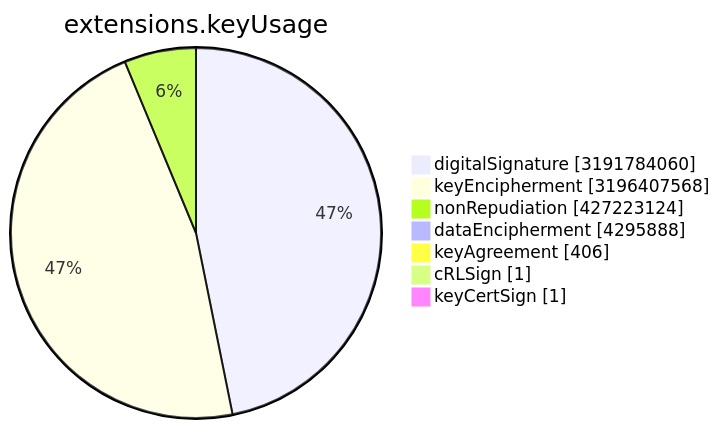
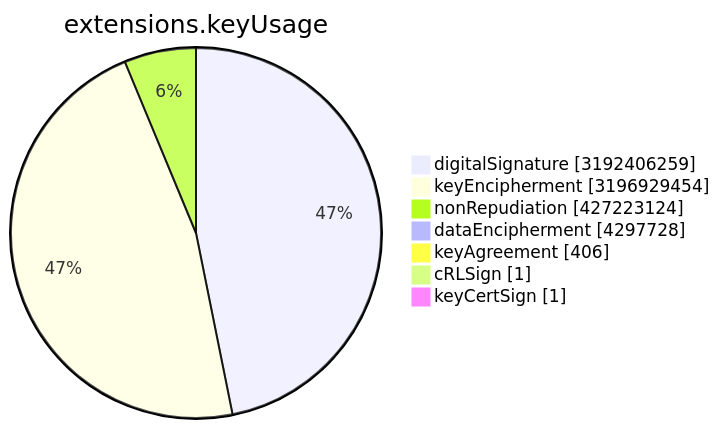
One commit to christiankrug/ctmonitor_visualization changed the sixth of 15 diagrams in TOTAL/README.md. Above: the diagram before and after it, drawn with Mermaid. The commit also changed other lines of this file, not shown here.

````diff
--- a/TOTAL/README.md
+++ b/TOTAL/README.md
@@ -3077,11 +3077,11 @@
 ```mermaid
 pie showData
 title extensions.keyUsage
-"digitalSignature" :3191784060
-"keyEncipherment" :3196407568
+"digitalSignature" :3192406259
+"keyEncipherment" :3196929454
 "nonRepudiation" :427223124
-"dataEncipherment" :4295888
+"dataEncipherment" :4297728
 "keyAgreement" :406
 "cRLSign" :1
 "keyCertSign" :1
 ```
````
